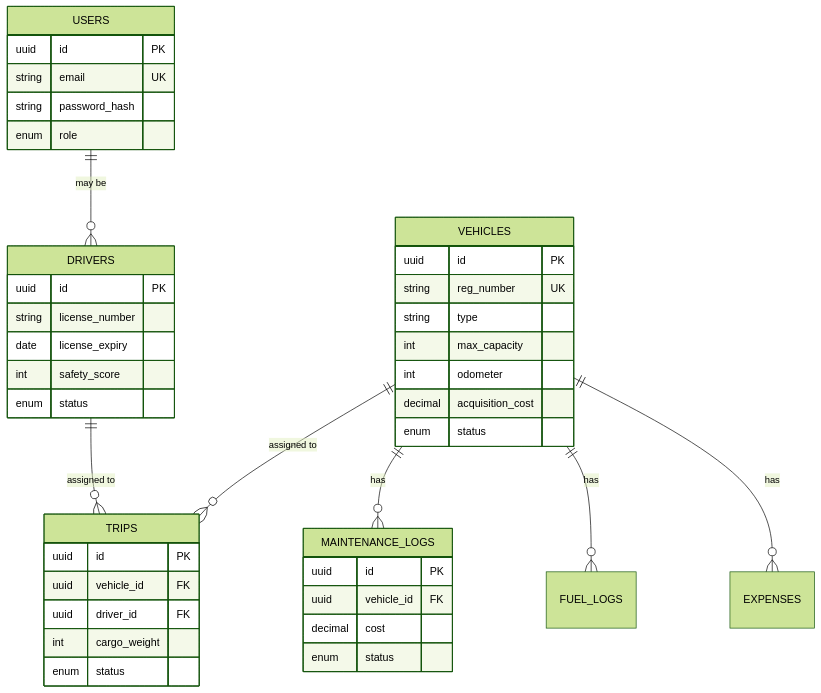
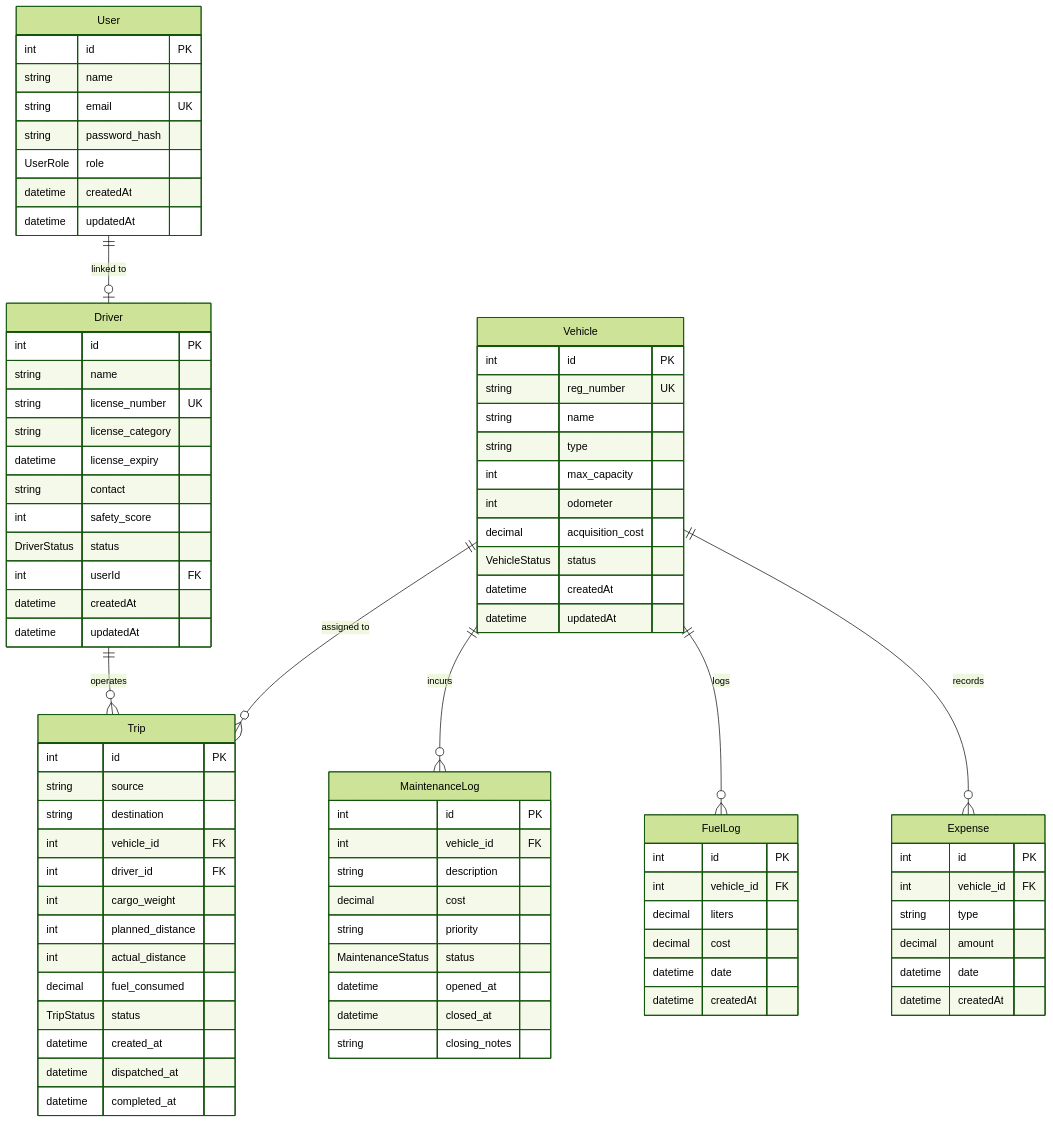
Before and after one commit to Devanshi-Vadiya/CodeVengers-odoo: the third of 3 diagrams in README.md, drawn with Mermaid (forest theme). The commit also changed other lines of this file and 5 other files, not shown here.

Commit message:
docs: update README with live screenshots, trip lifecycle, schema, structure and authors

````diff
--- a/README.md
+++ b/README.md
@@ -231,45 +255,92 @@
 ```mermaid
 erDiagram
-    USERS ||--o{ DRIVERS : "may be"
-    VEHICLES ||--o{ TRIPS : "assigned to"
-    DRIVERS ||--o{ TRIPS : "assigned to"
-    VEHICLES ||--o{ MAINTENANCE_LOGS : "has"
-    VEHICLES ||--o{ FUEL_LOGS : "has"
-    VEHICLES ||--o{ EXPENSES : "has"
+    User ||--o| Driver : "linked to"
+    Vehicle ||--o{ Trip : "assigned to"
+    Driver ||--o{ Trip : "operates"
+    Vehicle ||--o{ MaintenanceLog : "incurs"
+    Vehicle ||--o{ FuelLog : "logs"
+    Vehicle ||--o{ Expense : "records"
 
-    USERS {
-        uuid id PK
+    User {
+        int id PK
+        string name
         string email UK
         string password_hash
-        enum role
+        UserRole role
+        datetime createdAt
+        datetime updatedAt
     }
-    VEHICLES {
-        uuid id PK
+
+    Vehicle {
+        int id PK
         string reg_number UK
+        string name
         string type
         int max_capacity
         int odometer
         decimal acquisition_cost
-        enum status
+        VehicleStatus status
+        datetime createdAt
+        datetime updatedAt
     }
-    DRIVERS {
-        uuid id PK
-        string license_number
-        date license_expiry
+
+    Driver {
+        int id PK
+        string name
+        string license_number UK
+        string license_category
+        datetime license_expiry
+        string contact
         int safety_score
-        enum status
+        DriverStatus status
+        int userId FK
+        datetime createdAt
+        datetime updatedAt
     }
-    TRIPS {
-        uuid id PK
-        uuid vehicle_id FK
-        uuid driver_id FK
+
+    Trip {
+        int id PK
+        string source
+        string destination
+        int vehicle_id FK
+        int driver_id FK
         int cargo_weight
-        enum status
+        int planned_distance
+        int actual_distance
+        decimal fuel_consumed
+        TripStatus status
+        datetime created_at
+        datetime dispatched_at
+        datetime completed_at
     }
-    MAINTENANCE_LOGS {
-        uuid id PK
-        uuid vehicle_id FK
+
+    MaintenanceLog {
+        int id PK
+        int vehicle_id FK
+        string description
         decimal cost
-        enum status
+        string priority
+        MaintenanceStatus status
+        datetime opened_at
+        datetime closed_at
+        string closing_notes
+    }
+
+    FuelLog {
+        int id PK
+        int vehicle_id FK
+        decimal liters
+        decimal cost
+        datetime date
+        datetime createdAt
+    }
+
+    Expense {
+        int id PK
+        int vehicle_id FK
+        string type
+        decimal amount
+        datetime date
+        datetime createdAt
     }
 ```
````
